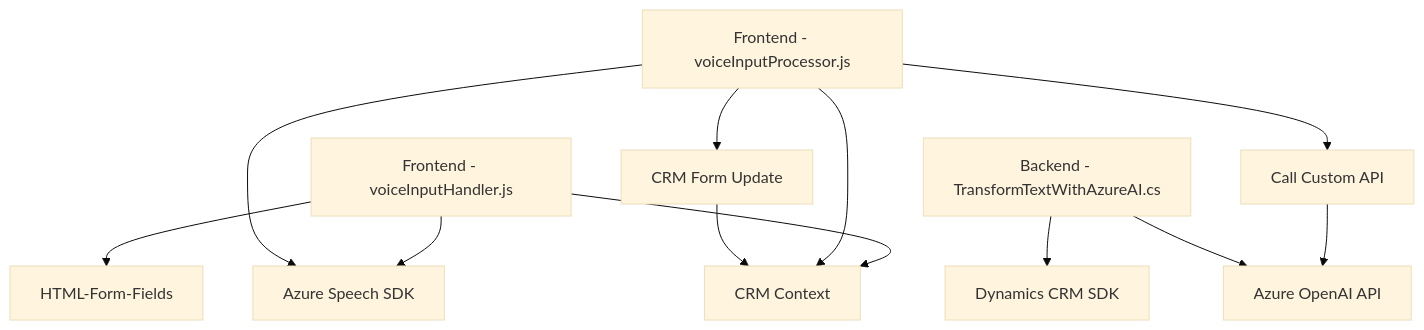
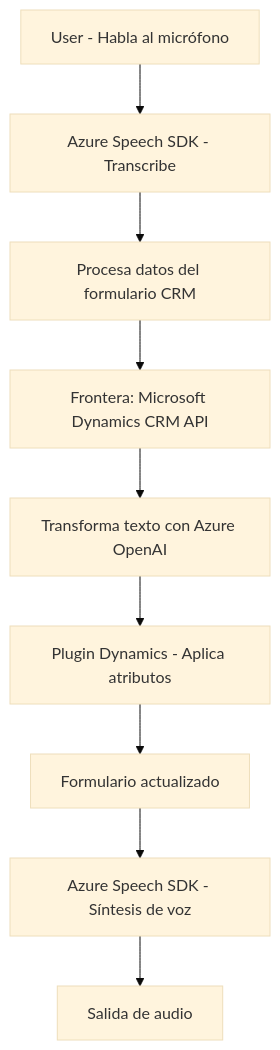
One commit to blopezdm/NETCORE_BILBAO2025 changed the diagram in README.md. Above: the diagram before and after it, drawn with Mermaid (base theme). The commit also changed other lines of this file, not shown here.

Commit message:
Actualizar análisis global de la solución con IA

````diff
--- a/README.md
+++ b/README.md
@@ -39,17 +43,11 @@
 ```mermaid
 graph TD
-    A["Frontend - voiceInputHandler.js"] --> B["Azure Speech SDK"]
-    A["Frontend - voiceInputHandler.js"] --> C["HTML-Form-Fields"]
-    A --> D["CRM Context"]
-
-    E["Frontend - voiceInputProcessor.js"] --> B
-    E --> D
-    E --> F["CRM Form Update"]
-    E --> G["Call Custom API"]
-
-    G["Call Custom API"] --> H["Azure OpenAI API"]
-    F["CRM Form Update"] --> D
-
-    I["Backend - TransformTextWithAzureAI.cs"] --> H
-    I --> J["Dynamics CRM SDK"]
+    A["User - Habla al micrófono"] --> B["Azure Speech SDK - Transcribe"]
+    B --> C["Procesa datos del formulario CRM"]
+    C --> D["Frontera: Microsoft Dynamics CRM API"]
+    D --> E["Transforma texto con Azure OpenAI"]
+    E --> F["Plugin Dynamics - Aplica atributos"]
+    F --> G["Formulario actualizado"]
+    G --> H["Azure Speech SDK - Síntesis de voz"]
+    H --> I["Salida de audio"]
 ```
````
